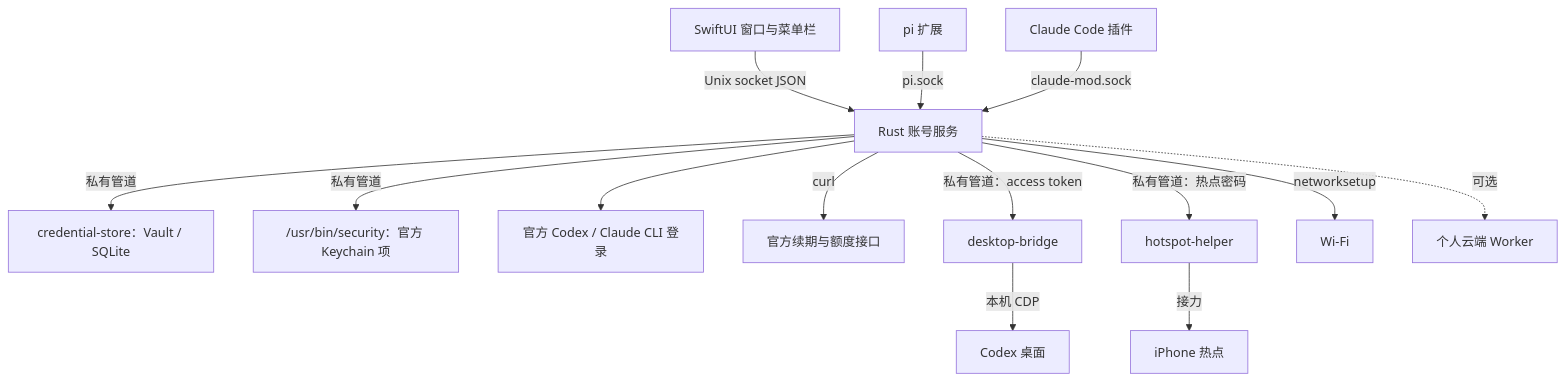
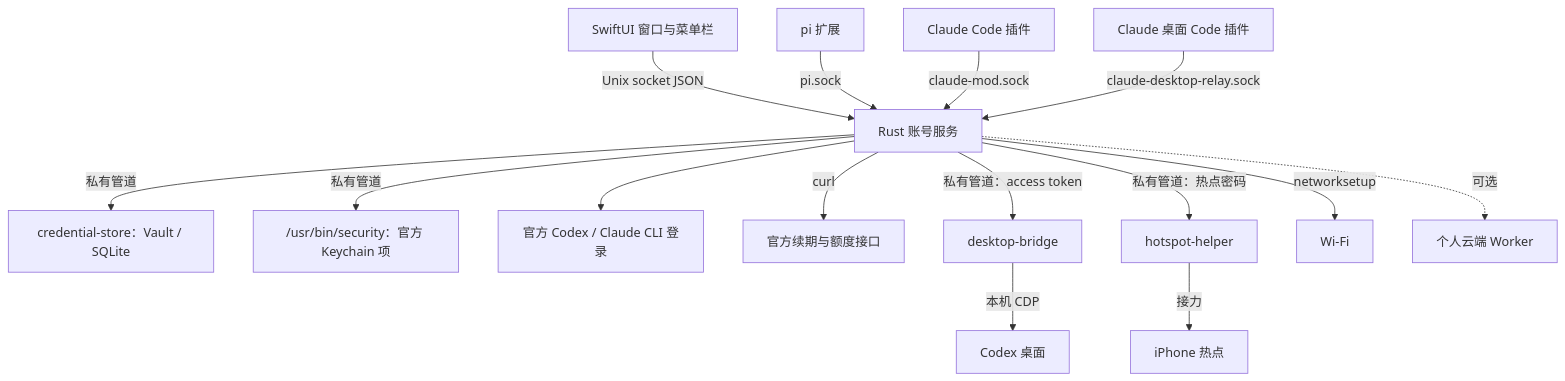
Before and after one commit to WUXM5/AuthBaton: the diagram in README.zh-CN.md, drawn with Mermaid. The commit also changed other lines of this file and 15 other files, not shown here.

````diff
--- a/README.zh-CN.md
+++ b/README.zh-CN.md
@@ -56,16 +58,17 @@
 ```mermaid
 flowchart TD
     UI[SwiftUI 窗口与菜单栏] -->|Unix socket JSON| S[Rust 账号服务]
     S -->|私有管道| H[credential-store：Vault / SQLite]
     S -->|私有管道| K["/usr/bin/security：官方 Keychain 项"]
     S --> L[官方 Codex / Claude CLI 登录]
     S -->|curl| API[官方续期与额度接口]
     S -->|私有管道：access token| B[desktop-bridge]
     B -->|本机 CDP| D[Codex 桌面]
     P[pi 扩展] -->|pi.sock| S
     M[Claude Code 插件] -->|claude-mod.sock| S
+    CR[Claude 桌面 Code 插件] -->|claude-desktop-relay.sock| S
     S -->|"私有管道：热点密码"| HS[hotspot-helper]
     HS -->|接力| PH[iPhone 热点]
     S -->|networksetup| WIFI[Wi-Fi]
     S -.->|可选| W[个人云端 Worker]
 ```
````
